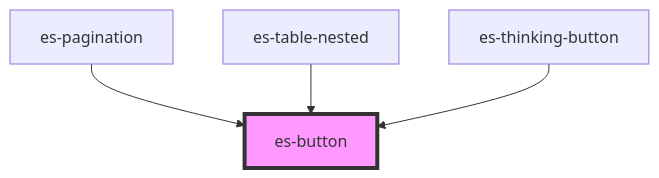
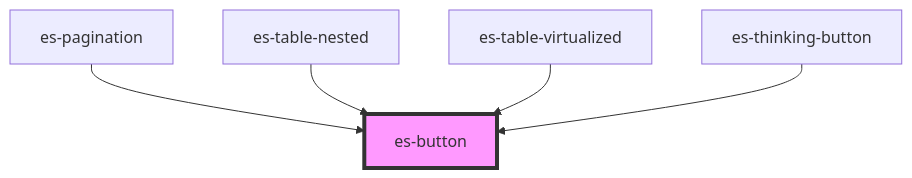
One commit to EventStore/Design-System changed the diagram in packages/components/src/components/buttons/es-button/readme.md. Above: the diagram before and after it, drawn with Mermaid. The commit also changed other lines of this file and 33 other files, not shown here.

Commit message:
Move tables into folder, add es-table-virtualized, es-loading-dots

````diff
--- a/packages/components/src/components/buttons/es-button/readme.md
+++ b/packages/components/src/components/buttons/es-button/readme.md
@@ -100,7 +101,8 @@
 ```mermaid
 graph TD;
   es-pagination --> es-button
   es-table-nested --> es-button
+  es-table-virtualized --> es-button
   es-thinking-button --> es-button
   style es-button fill:#f9f,stroke:#333,stroke-width:4px
 ```
````
